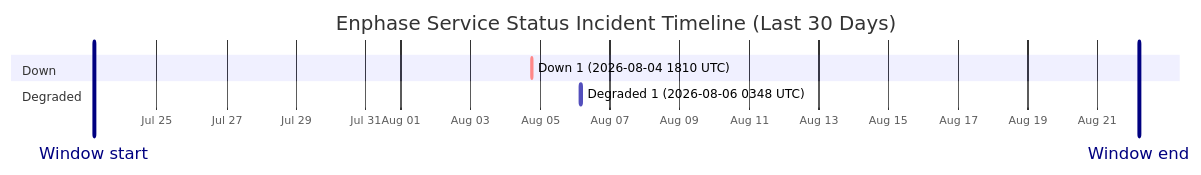
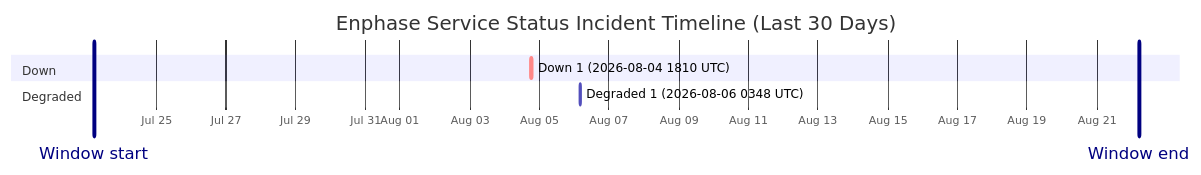
The diagram in wiki/Service-Status-History.md (barneyonline/ha-enphase-energy), drawn with Mermaid before and after one commit. The commit also changed other lines of this file and 3 other files, not shown here.

````diff
--- a/wiki/Service-Status-History.md
+++ b/wiki/Service-Status-History.md
@@ -14,12 +14,12 @@
 ```mermaid
 gantt
     title Enphase Service Status Incident Timeline (Last 30 Days)
     dateFormat  YYYY-MM-DDTHH:mm:ss
     axisFormat  %b %d
-    Window start :vert, window-start, 2026-07-23T04:30:05, 0ms
-    Window end :vert, window-end, 2026-08-22T04:30:05, 0ms
+    Window start :vert, window-start, 2026-07-23T05:01:26, 0ms
+    Window end :vert, window-end, 2026-08-22T05:01:26, 0ms
     section Down
     Down 1 (2026-08-04 1810 UTC) :crit, down-1, 2026-08-04T18:10:46, 60m
     section Degraded
     Degraded 1 (2026-08-06 0348 UTC) :active, degraded-1, 2026-08-06T03:48:14, 60m
 ```
````
